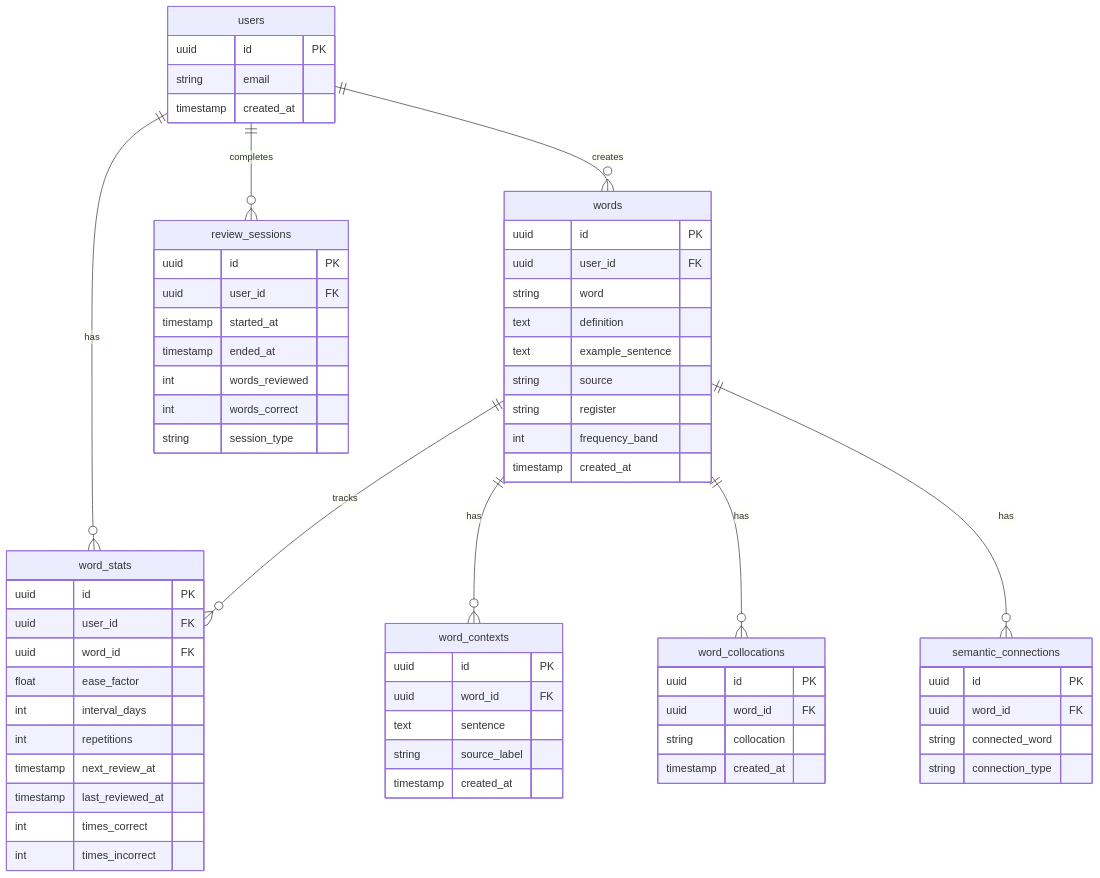
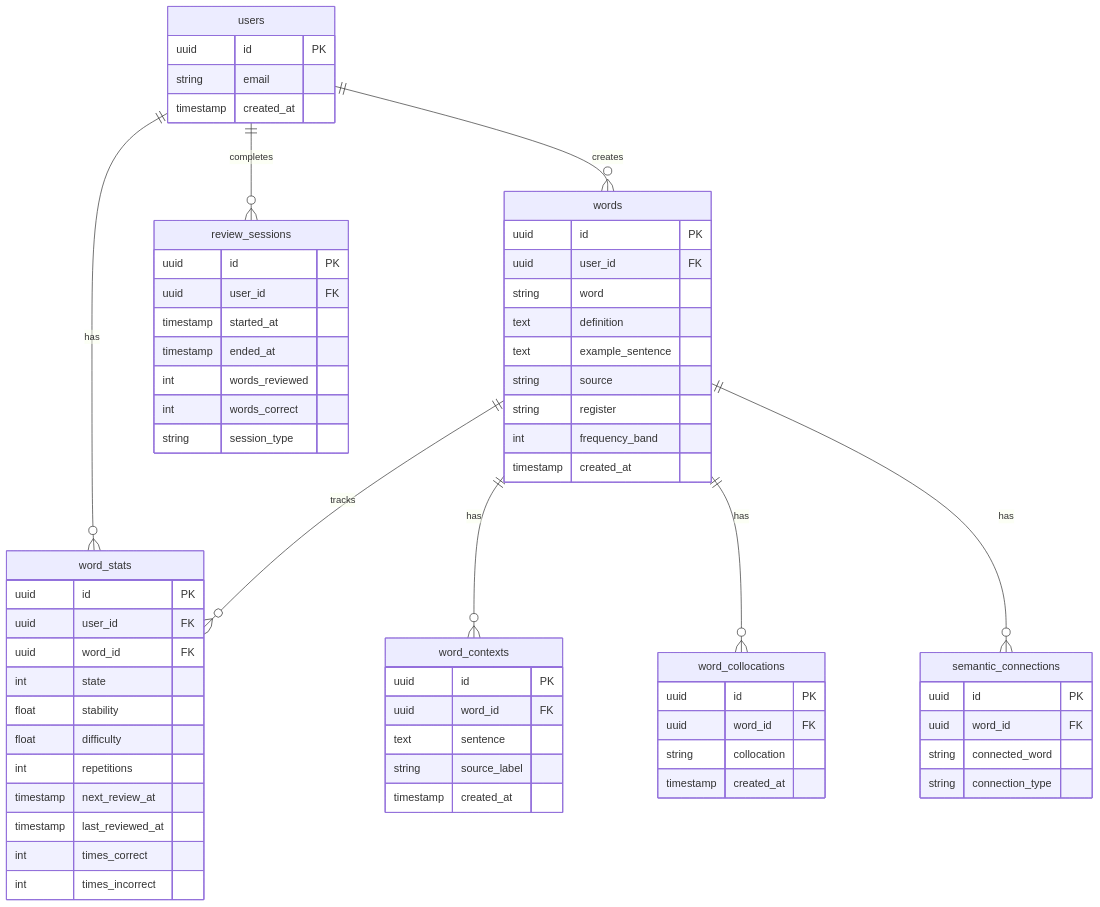
One commit to MirazZim/LexCore changed the fourth of 6 diagrams in README.md. Above: the diagram before and after it, drawn with Mermaid. The commit also changed other lines of this file and 1 other file, not shown here.

````diff
--- a/README.md
+++ b/README.md
@@ -203,74 +211,75 @@
 ```mermaid
 erDiagram
     users ||--o{ words : creates
     users ||--o{ word_stats : has
     users ||--o{ review_sessions : completes
 
     words ||--o{ word_stats : tracks
     words ||--o{ word_contexts : has
     words ||--o{ word_collocations : has
     words ||--o{ semantic_connections : has
 
     users {
         uuid id PK
         string email
         timestamp created_at
     }
 
     words {
         uuid id PK
         uuid user_id FK
         string word
         text definition
         text example_sentence
         string source
         string register
         int frequency_band
         timestamp created_at
     }
 
     word_stats {
         uuid id PK
         uuid user_id FK
         uuid word_id FK
-        float ease_factor
-        int interval_days
+        int state
+        float stability
+        float difficulty
         int repetitions
         timestamp next_review_at
         timestamp last_reviewed_at
         int times_correct
         int times_incorrect
     }
 
     word_contexts {
         uuid id PK
         uuid word_id FK
         text sentence
         string source_label
         timestamp created_at
     }
 
     word_collocations {
         uuid id PK
         uuid word_id FK
         string collocation
         timestamp created_at
     }
 
     semantic_connections {
         uuid id PK
         uuid word_id FK
         string connected_word
         string connection_type
     }
 
     review_sessions {
         uuid id PK
         uuid user_id FK
         timestamp started_at
         timestamp ended_at
         int words_reviewed
         int words_correct
         string session_type
     }
 ```
````
